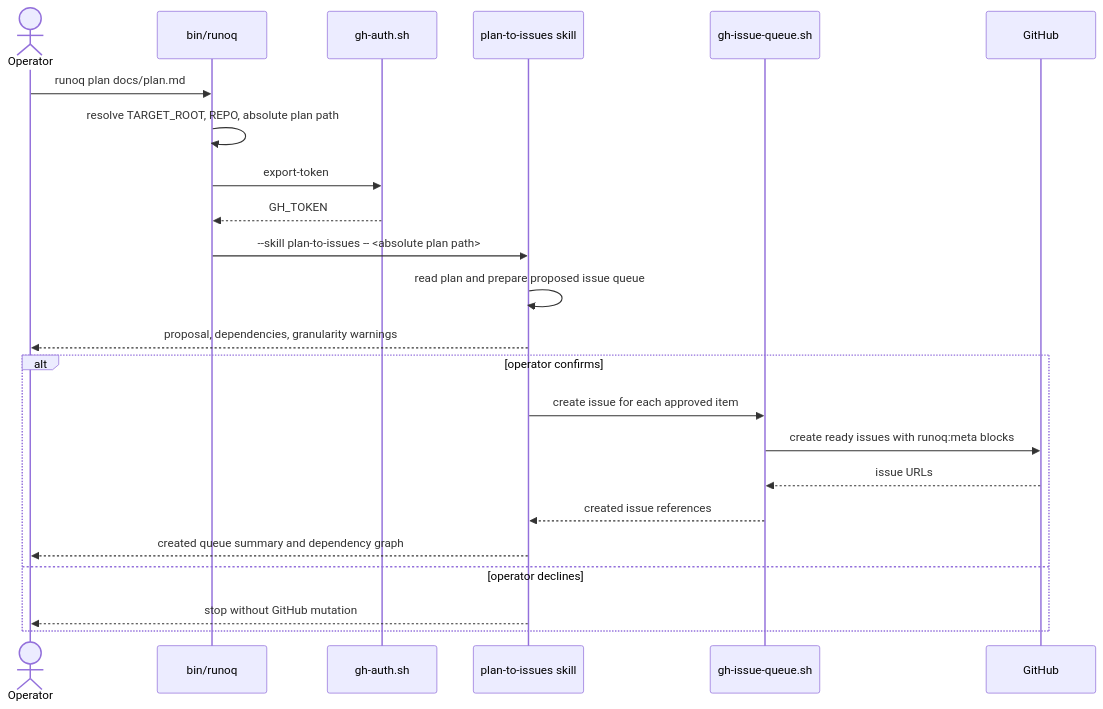
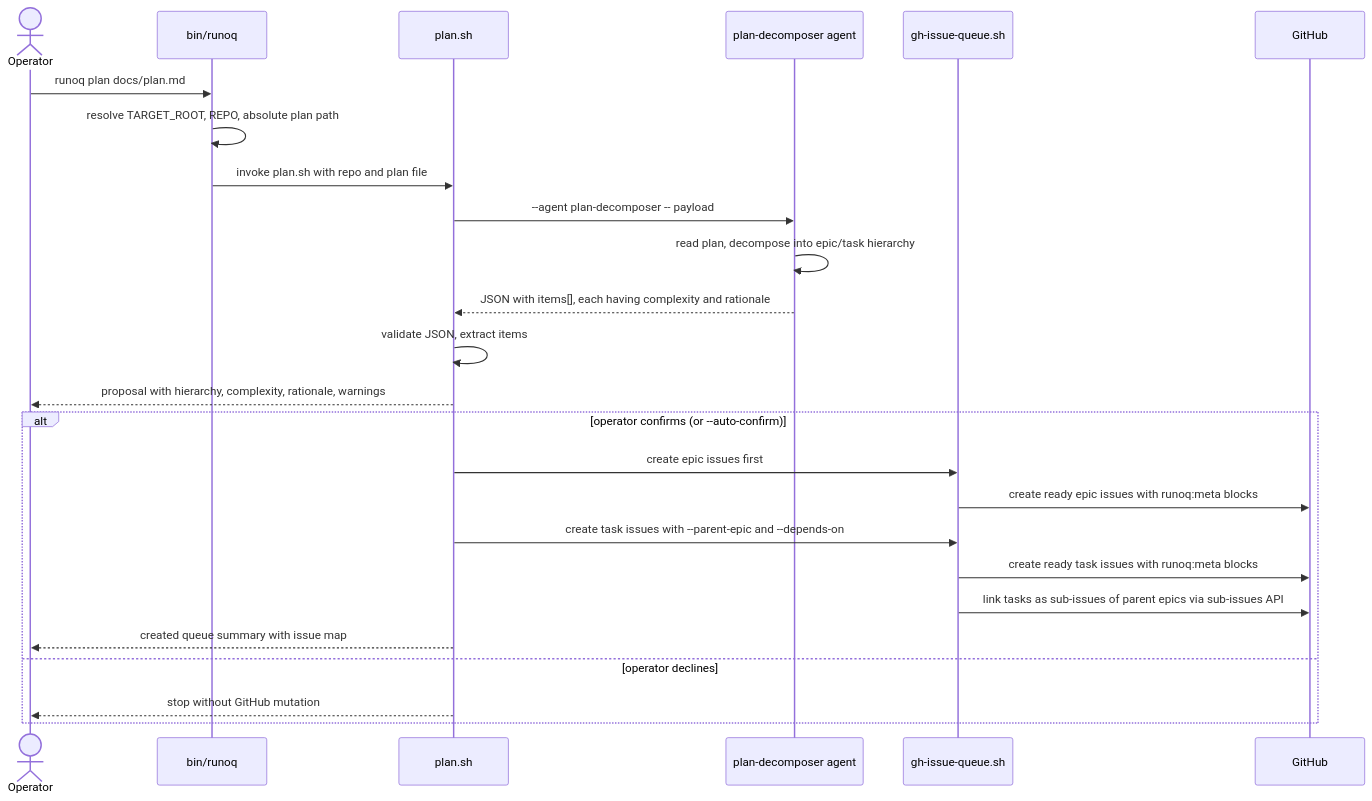
Before and after one commit to morhekil/runoq: the first of 8 diagrams in docs/architecture/flows.md, drawn with Mermaid. The commit also changed other lines of this file and 11 other files, not shown here.

First line of the commit message:
Update docs for plan decomposition, deterministic orchestrator, and epic integration

````diff
--- a/docs/architecture/flows.md
+++ b/docs/architecture/flows.md
@@ -11,26 +11,28 @@
 ```mermaid
 sequenceDiagram
   actor Operator
   participant CLI as bin/runoq
-  participant Auth as gh-auth.sh
-  participant Claude as plan-to-issues skill
+  participant Plan as plan.sh
+  participant Claude as plan-decomposer agent
   participant Queue as gh-issue-queue.sh
   participant GH as GitHub
 
   Operator->>CLI: runoq plan docs/plan.md
   CLI->>CLI: resolve TARGET_ROOT, REPO, absolute plan path
-  CLI->>Auth: export-token
-  Auth-->>CLI: GH_TOKEN
-  CLI->>Claude: --skill plan-to-issues -- <absolute plan path>
-  Claude->>Claude: read plan and prepare proposed issue queue
-  Claude-->>Operator: proposal, dependencies, granularity warnings
-  alt operator confirms
-    Claude->>Queue: create issue for each approved item
-    Queue->>GH: create ready issues with runoq:meta blocks
-    GH-->>Queue: issue URLs
-    Queue-->>Claude: created issue references
-    Claude-->>Operator: created queue summary and dependency graph
+  CLI->>Plan: invoke plan.sh with repo and plan file
+  Plan->>Claude: --agent plan-decomposer -- payload
+  Claude->>Claude: read plan, decompose into epic/task hierarchy
+  Claude-->>Plan: JSON with items[], each having complexity and rationale
+  Plan->>Plan: validate JSON, extract items
+  Plan-->>Operator: proposal with hierarchy, complexity, rationale, warnings
+  alt operator confirms (or --auto-confirm)
+    Plan->>Queue: create epic issues first
+    Queue->>GH: create ready epic issues with runoq:meta blocks
+    Plan->>Queue: create task issues with --parent-epic and --depends-on
+    Queue->>GH: create ready task issues with runoq:meta blocks
+    Queue->>GH: link tasks as sub-issues of parent epics via sub-issues API
+    Plan-->>Operator: created queue summary with issue map
   else operator declines
-    Claude-->>Operator: stop without GitHub mutation
+    Plan-->>Operator: stop without GitHub mutation
   end
 ```
````
